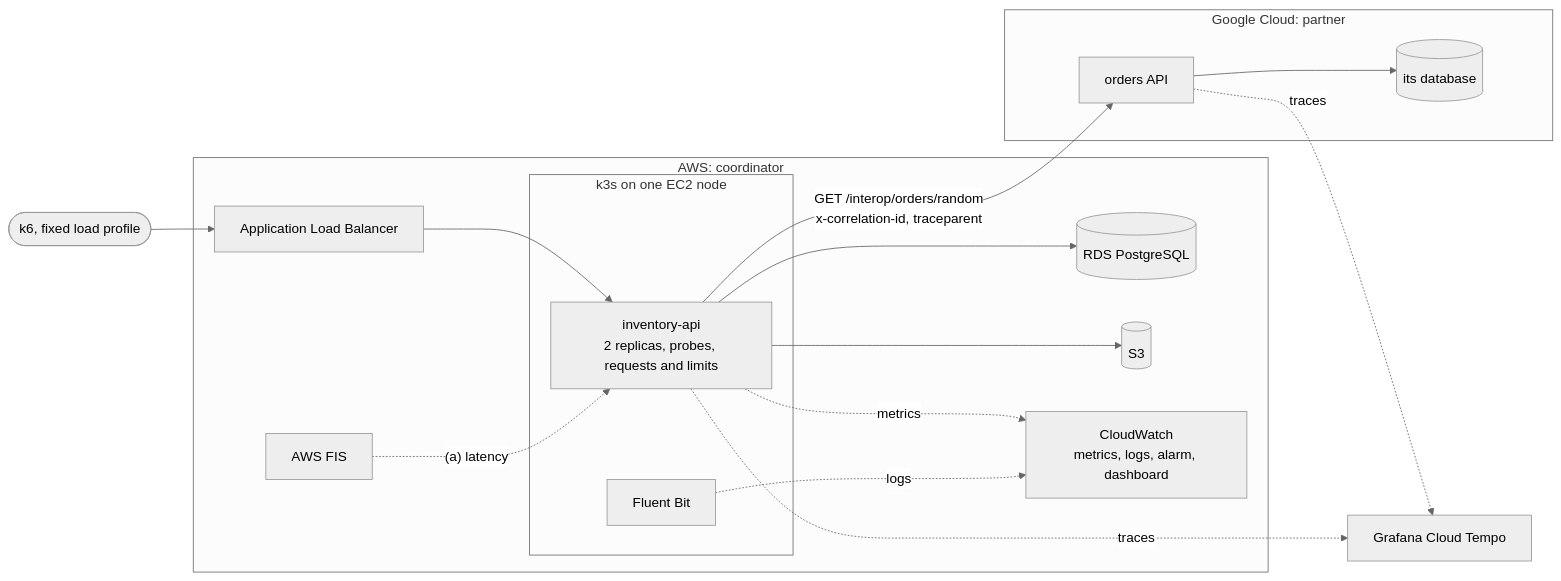
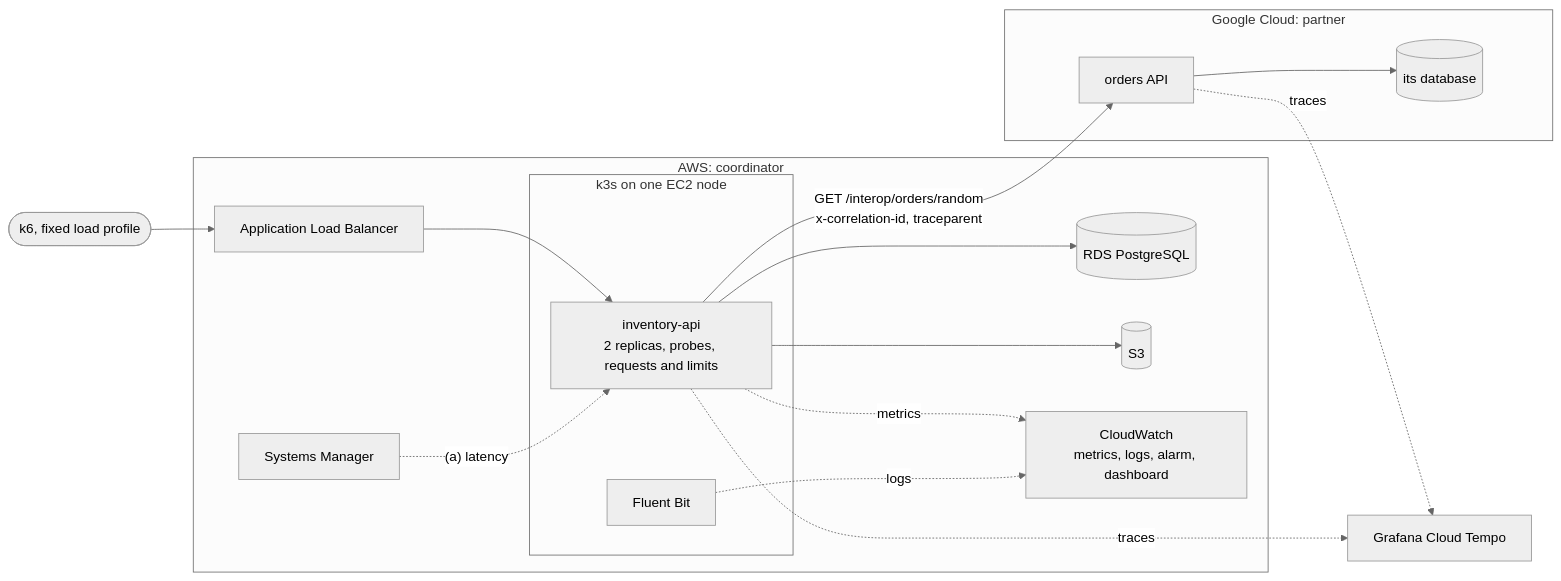
One commit to SebaScript/inventory-api-v2 changed the diagram in README.md. Above: the diagram before and after it, drawn with Mermaid (neutral theme). The commit also changed other lines of this file, not shown here.

Commit message:
📝 docs: explain why the latency skips AWS FIS

````diff
--- a/README.md
+++ b/README.md
@@ -94,32 +98,32 @@
 ```mermaid
 flowchart LR
   k6([k6, fixed load profile])
 
   subgraph AWS["AWS: coordinator"]
     alb[Application Load Balancer]
     subgraph k3s["k3s on one EC2 node"]
       pods[inventory-api<br/>2 replicas, probes, requests and limits]
       fb[Fluent Bit]
     end
     rds[(RDS PostgreSQL)]
     s3[(S3)]
     cw[CloudWatch<br/>metrics, logs, alarm, dashboard]
-    fis[AWS FIS]
+    ssm[Systems Manager]
   end
 
   subgraph GCP["Google Cloud: partner"]
     orders[orders API]
     odb[(its database)]
   end
 
   tempo[Grafana Cloud Tempo]
 
   k6 --> alb --> pods
   pods --> rds & s3
   pods -- "GET /interop/orders/random<br/>x-correlation-id, traceparent" --> orders --> odb
-  fis -. "(a) latency" .-> pods
+  ssm -. "(a) latency" .-> pods
   pods -. metrics .-> cw
   fb -. logs .-> cw
   pods -. traces .-> tempo
   orders -. traces .-> tempo
 ```
````
